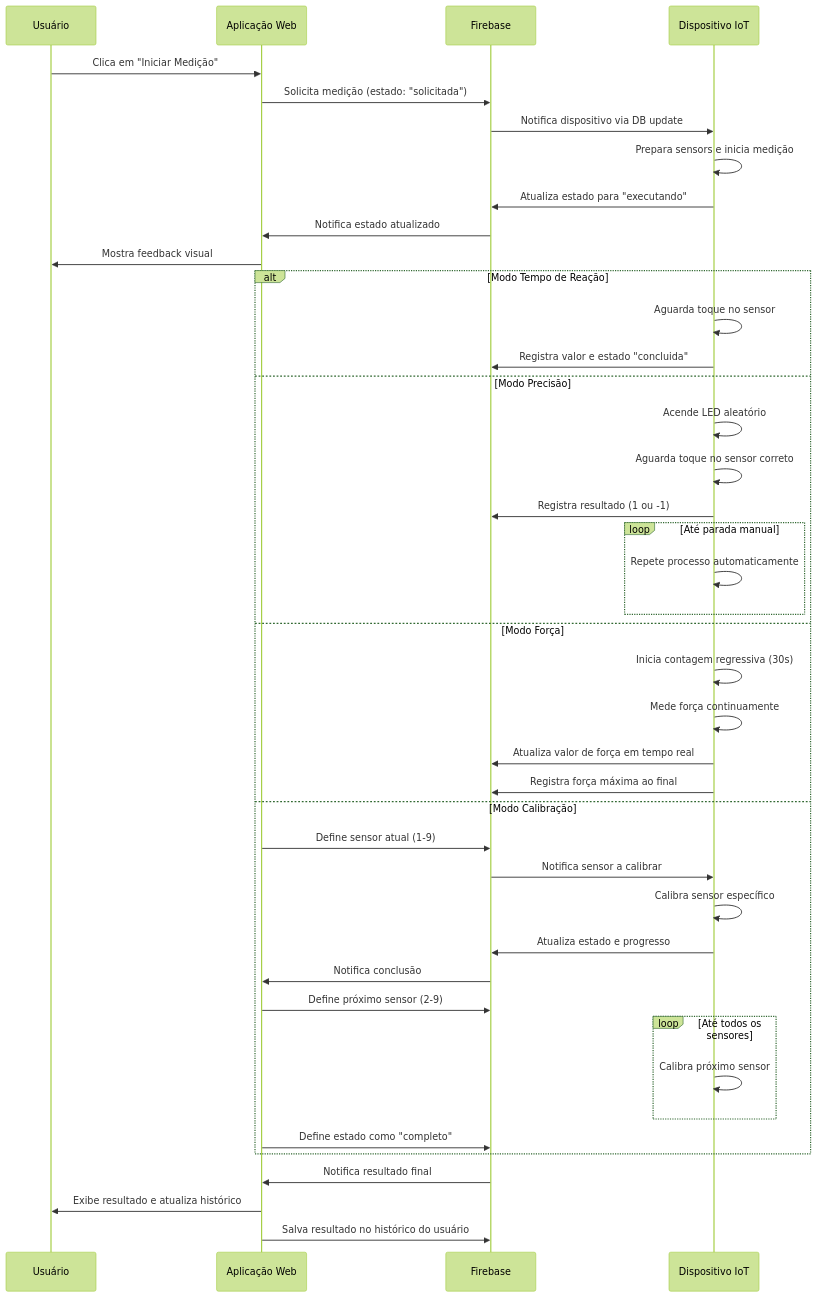
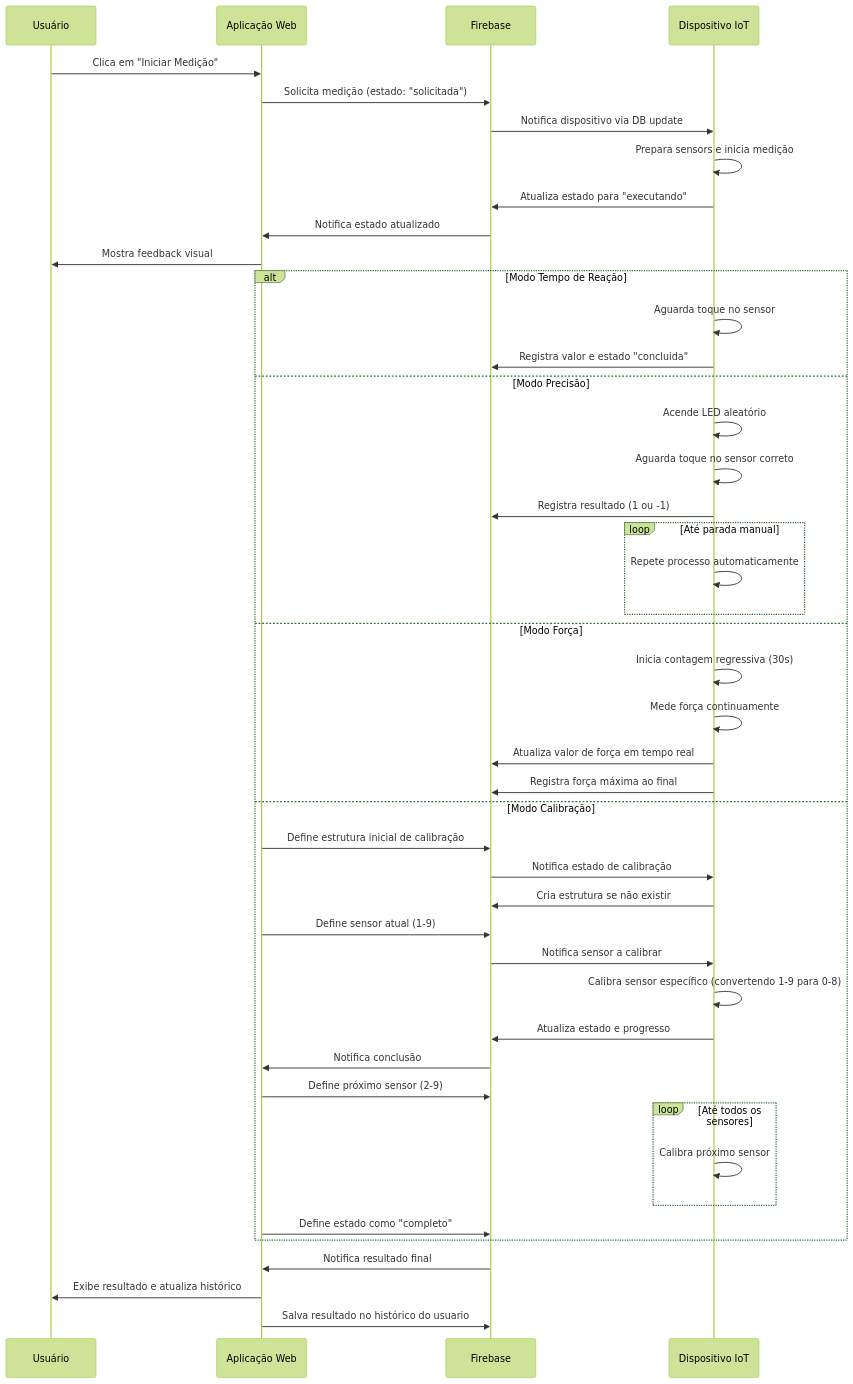
The third of 5 diagrams in documentação.md (tecbudo/boxeiot), drawn with Mermaid (forest theme) before and after one commit. The commit also changed other lines of this file and 6 other files, not shown here.

````diff
--- a/documentação.md
+++ b/documentação.md
@@ -215,47 +215,50 @@
 ```mermaid
 sequenceDiagram
     participant U as Usuário
     participant A as Aplicação Web
     participant F as Firebase
     participant D as Dispositivo IoT
 
     U->>A: Clica em "Iniciar Medição"
     A->>F: Solicita medição (estado: "solicitada")
     F->>D: Notifica dispositivo via DB update
     D->>D: Prepara sensors e inicia medição
     D->>F: Atualiza estado para "executando"
     F->>A: Notifica estado atualizado
     A->>U: Mostra feedback visual
     
     alt Modo Tempo de Reação
         D->>D: Aguarda toque no sensor
         D->>F: Registra valor e estado "concluida"
     else Modo Precisão
         D->>D: Acende LED aleatório
         D->>D: Aguarda toque no sensor correto
         D->>F: Registra resultado (1 ou -1)
         loop Até parada manual
             D->>D: Repete processo automaticamente
         end
     else Modo Força
         D->>D: Inicia contagem regressiva (30s)
         D->>D: Mede força continuamente
         D->>F: Atualiza valor de força em tempo real
         D->>F: Registra força máxima ao final
     else Modo Calibração
+        A->>F: Define estrutura inicial de calibração
+        F->>D: Notifica estado de calibração
+        D->>F: Cria estrutura se não existir
         A->>F: Define sensor atual (1-9)
         F->>D: Notifica sensor a calibrar
-        D->>D: Calibra sensor específico
+        D->>D: Calibra sensor específico (convertendo 1-9 para 0-8)
         D->>F: Atualiza estado e progresso
         F->>A: Notifica conclusão
         A->>F: Define próximo sensor (2-9)
         loop Até todos os sensores
             D->>D: Calibra próximo sensor
         end
         A->>F: Define estado como "completo"
     end
     
     F->>A: Notifica resultado final
     A->>U: Exibe resultado e atualiza histórico
-    A->>F: Salva resultado no histórico do usuário
+    A->>F: Salva resultado no histórico do usuario
 ```
````
